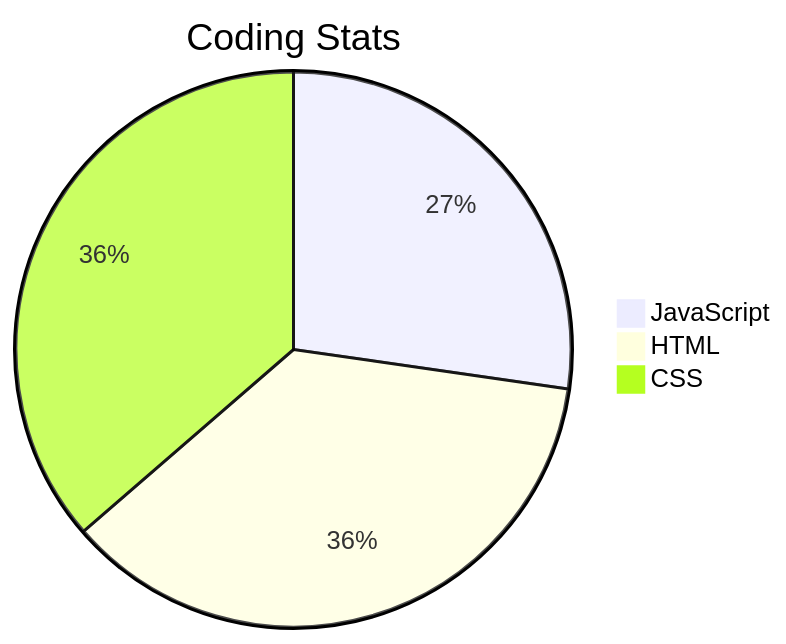
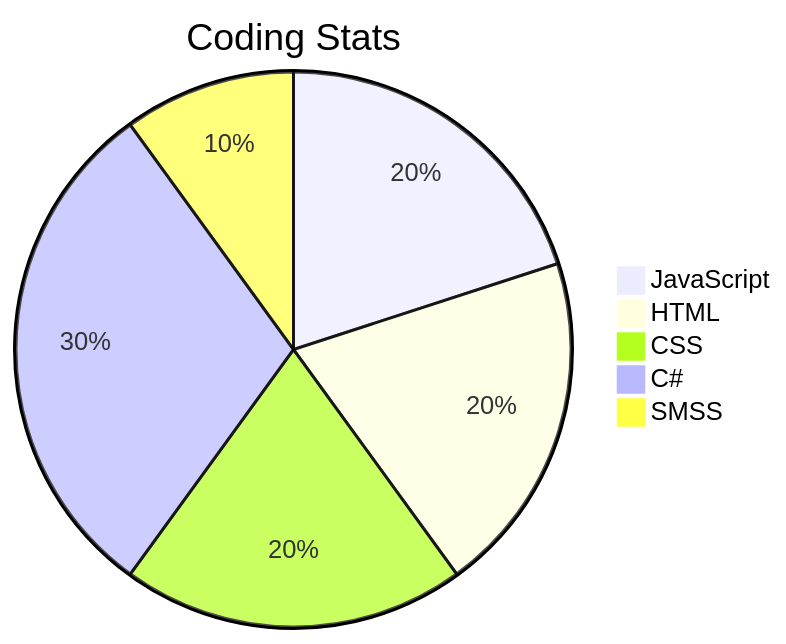
Before and after one commit to lb-gitcode/lb-gitcode: the diagram in README.md, drawn with Mermaid.

````diff
--- a/README.md
+++ b/README.md
@@ -31,7 +31,9 @@
 ```mermaid
 pie
     title Coding Stats
-    "JavaScript" : 30
-    "HTML" : 40
-    "CSS" : 40 
+    "JavaScript" : 20
+    "HTML" : 20
+    "CSS" : 20
+    "C#" : 30
+    "SMSS" : 10
 ```
````
